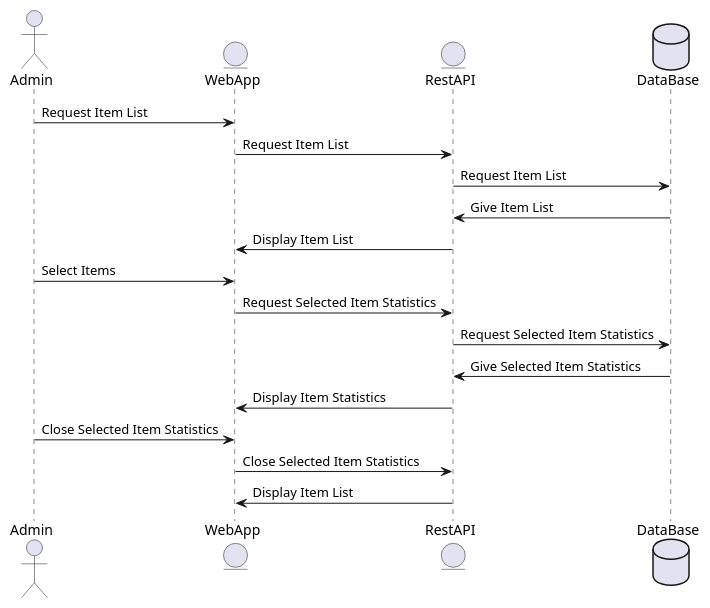
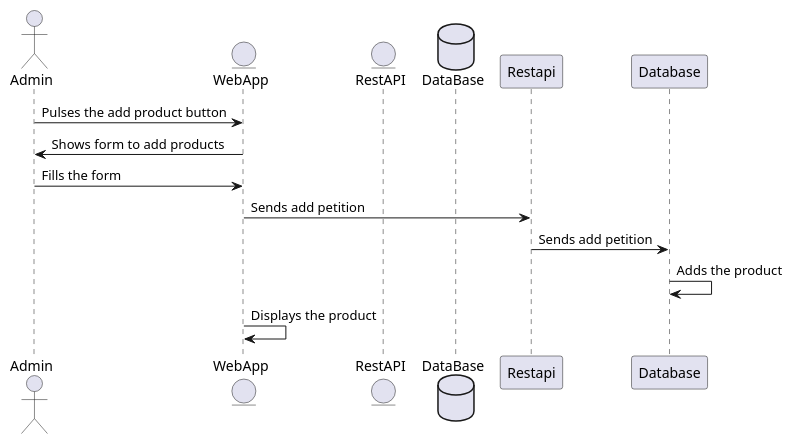
The ninth of 10 diagrams in docs/06_runtime_view.adoc (Arquisoft/dede_es3c), drawn with PlantUML before and after one commit. The commit also changed other lines of this file, not shown here.

Commit message:
Diagramas de secuencia actualizados

```diff
--- a/docs/06_runtime_view.adoc
+++ b/docs/06_runtime_view.adoc
@@ -181,23 +167,17 @@
-[plantuml,"AdminViewItemStatistics",png]
+[plantuml,"AdminAddItem",png]
 ----
 @startuml
 actor Admin
 entity WebApp
 entity RestAPI
 database DataBase
 
-Admin -> WebApp: Request Item List
-WebApp -> RestAPI: Request Item List
-RestAPI -> DataBase: Request Item List
-DataBase -> RestAPI: Give Item List
-RestAPI -> WebApp: Display Item List
-Admin -> WebApp: Select Items
-WebApp -> RestAPI: Request Selected Item Statistics
-RestAPI -> DataBase: Request Selected Item Statistics
-DataBase -> RestAPI: Give Selected Item Statistics
-RestAPI -> WebApp: Display Item Statistics
-Admin -> WebApp: Close Selected Item Statistics
-WebApp -> RestAPI: Close Selected Item Statistics
-RestAPI -> WebApp: Display Item List
+Admin -> WebApp: Pulses the add product button
+WebApp -> Admin: Shows form to add products
+Admin-> WebApp : Fills the form
+WebApp -> Restapi: Sends add petition
+Restapi -> Database: Sends add petition
+Database -> Database: Adds the product
+WebApp -> WebApp: Displays the product
 @enduml
 ----
```
